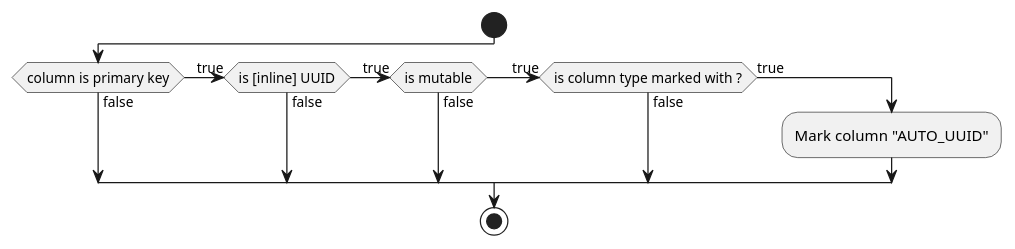
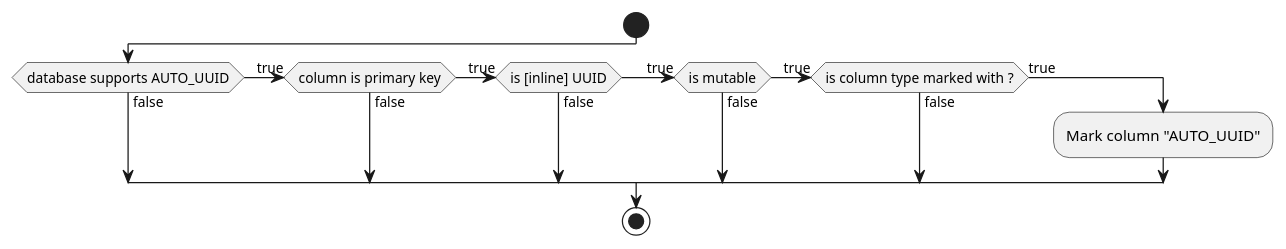
The diagram in docs/constraints/AUTO_UUID.puml (urosjarc/db-messiah), drawn with PlantUML before and after one commit. The commit also changed 10 other files, not shown here.

First line of the commit message:
Add autoUUID column configuration and update serializers

```diff
--- a/docs/constraints/AUTO_UUID.puml
+++ b/docs/constraints/AUTO_UUID.puml
@@ -3,11 +3,12 @@
 @startuml
 start
-if (column is primary key) then (false)
+if (database supports AUTO_UUID) then (false)
+(true) elseif (column is primary key) then (false)
 (true) elseif (is [inline] UUID) then (false)
 (true) elseif (is mutable) then (false)
 (true) elseif (is column type marked with ?) then (false)
 else (true)
     :Mark column "AUTO_UUID";
 endif
 stop
 @enduml
```
